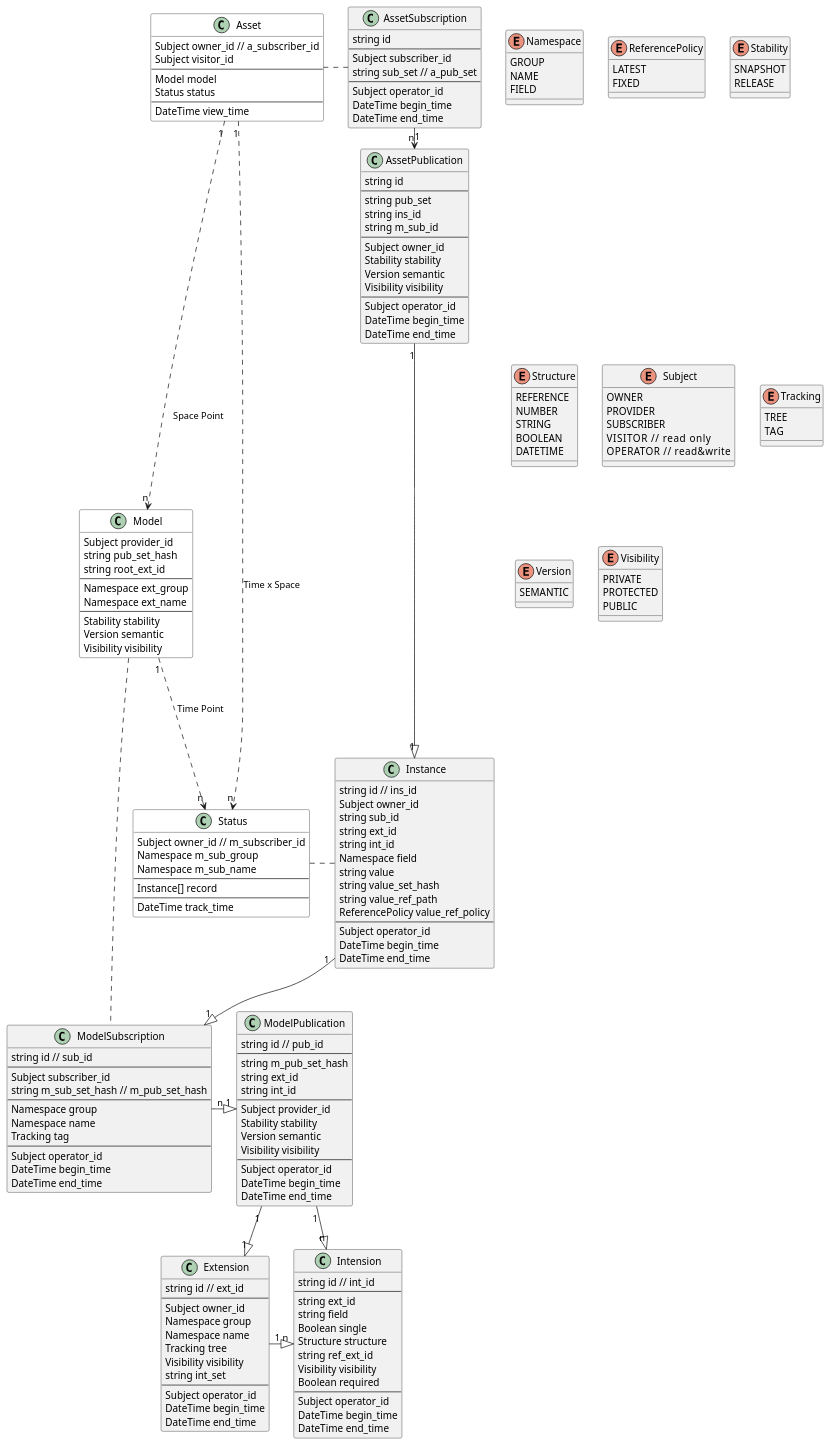
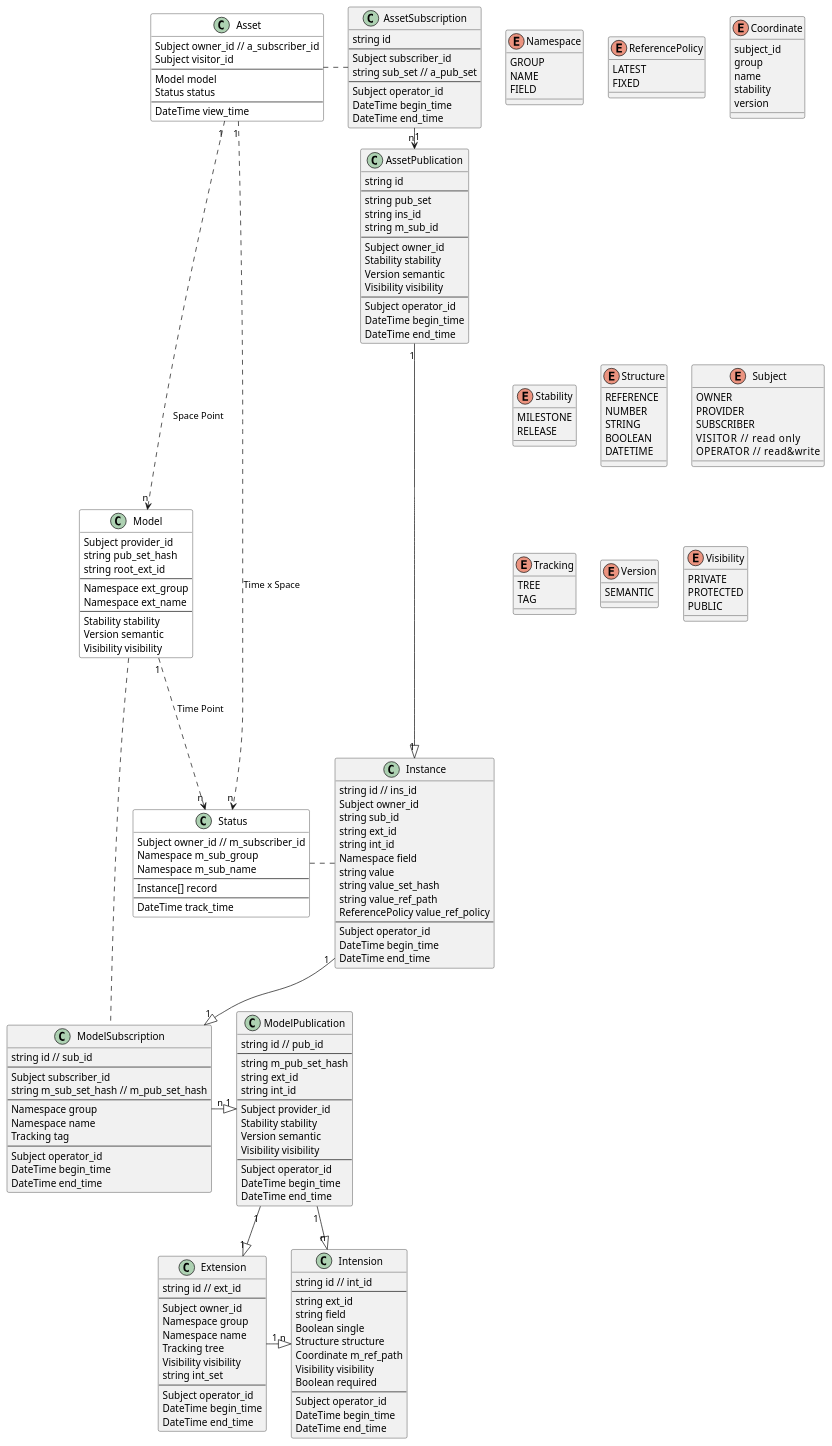
The diagram in kiimate.puml (SINeWang/kiimate), drawn with PlantUML before and after one commit. The commit also changed 1 other file, not shown here.

```diff
--- a/kiimate.puml
+++ b/kiimate.puml
@@ -113,7 +113,7 @@
     string field
     Boolean single
     Structure structure
-    string ref_ext_id
+    Coordinate m_ref_path
     Visibility visibility
     Boolean required
     ---
@@ -179,15 +179,24 @@
     NAME
     FIELD
 }
+
 enum ReferencePolicy {
     LATEST
     FIXED
 }
+enum Coordinate {
+    subject_id
+    group
+    name
+    stability
+    version
+}
 
 enum Stability {
-    SNAPSHOT
+    MILESTONE
     RELEASE
 }
+
 enum Structure {
     REFERENCE
     NUMBER
```
